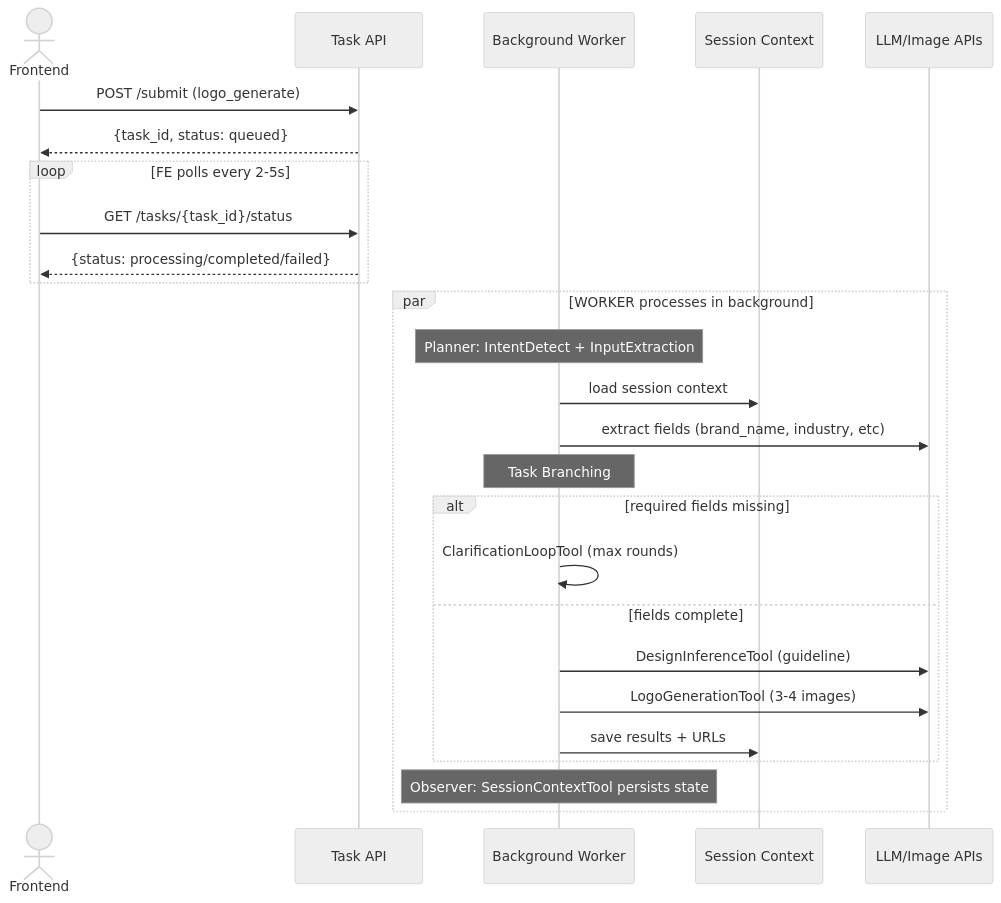
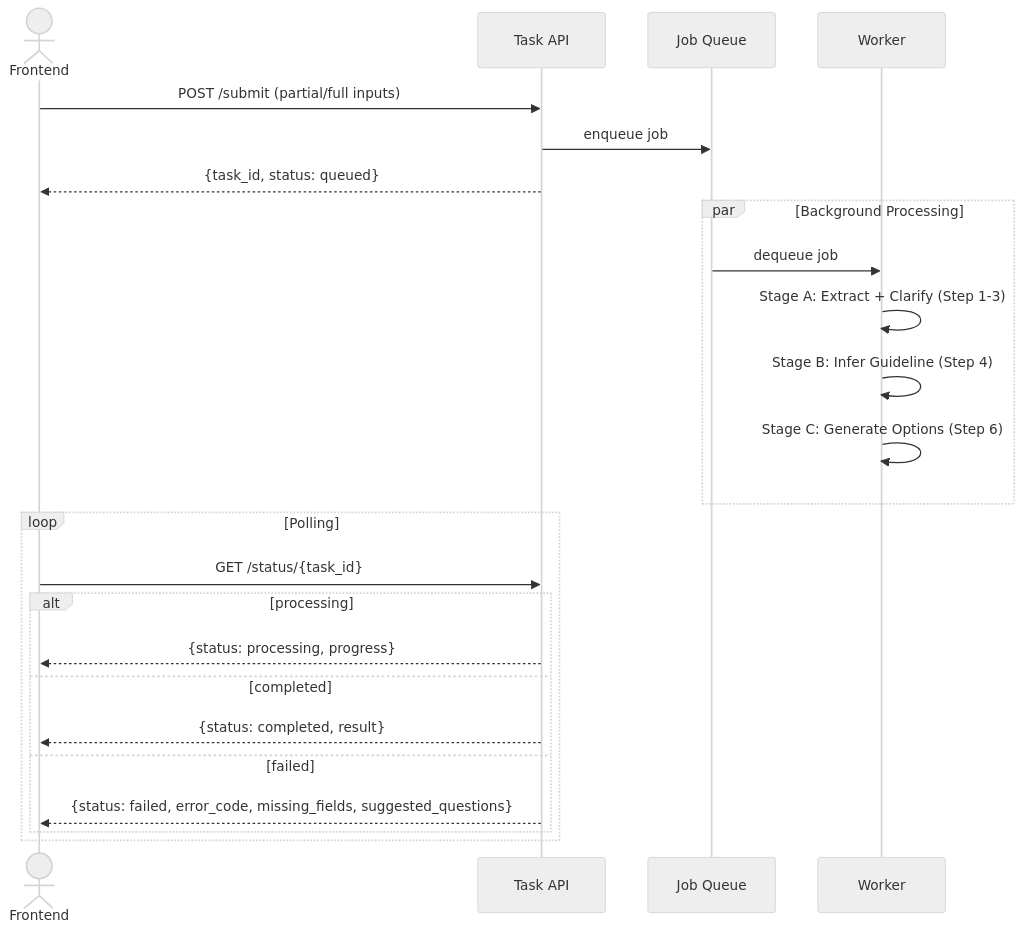
One commit to Ne4nf/Agent-Memory changed the third of 6 diagrams in tech.md. Above: the diagram before and after it, drawn with Mermaid (neutral theme). The commit also changed other lines of this file, not shown here.

````diff
--- a/tech.md
+++ b/tech.md
@@ -169,32 +202,29 @@
 ```mermaid
 sequenceDiagram
-    actor FE as Frontend
-    participant API as Task API
-    participant WORKER as Background Worker
-    participant CTX as Session Context
-    participant LLM as LLM/Image APIs
+  actor FE as Frontend
+  participant API as Task API
+  participant QUEUE as Job Queue
+  participant WORKER as Worker
 
-    FE->>API: POST /submit (logo_generate)
-    API-->>FE: {task_id, status: queued}
-
-    loop FE polls every 2-5s
-        FE->>API: GET /tasks/{task_id}/status
-        API-->>FE: {status: processing/completed/failed}
+  FE->>API: POST /submit (partial/full inputs)
+  API->>QUEUE: enqueue job
+  API-->>FE: {task_id, status: queued}
+    
+  par Background Processing
+    QUEUE->>WORKER: dequeue job
+    WORKER->>WORKER: Stage A: Extract + Clarify (Step 1-3)
+    WORKER->>WORKER: Stage B: Infer Guideline (Step 4)
+    WORKER->>WORKER: Stage C: Generate Options (Step 6)
+  end
+    
+  loop Polling
+    FE->>API: GET /status/{task_id}
+    alt processing
+      API-->>FE: {status: processing, progress}
+    else completed
+      API-->>FE: {status: completed, result}
+    else failed
+      API-->>FE: {status: failed, error_code, missing_fields, suggested_questions}
     end
-
-    par WORKER processes in background
-        Note over WORKER: Planner: IntentDetect + InputExtraction
-        WORKER->>CTX: load session context
-        WORKER->>LLM: extract fields (brand_name, industry, etc)
-        
-        Note over WORKER: Task Branching
-        alt required fields missing
-            WORKER->>WORKER: ClarificationLoopTool (max rounds)
-        else fields complete
-            WORKER->>LLM: DesignInferenceTool (guideline)
-            WORKER->>LLM: LogoGenerationTool (3-4 images)
-            WORKER->>CTX: save results + URLs
-        end
-        Note over WORKER: Observer: SessionContextTool persists state
-    end
+  end
 ```
````
